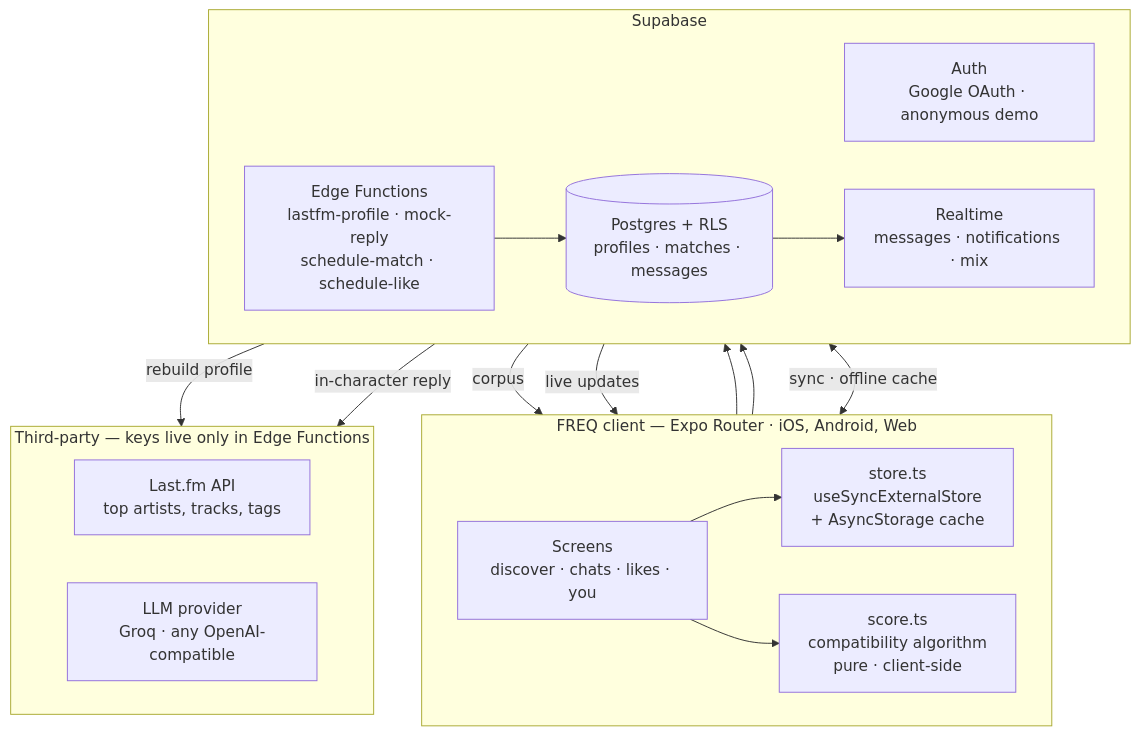
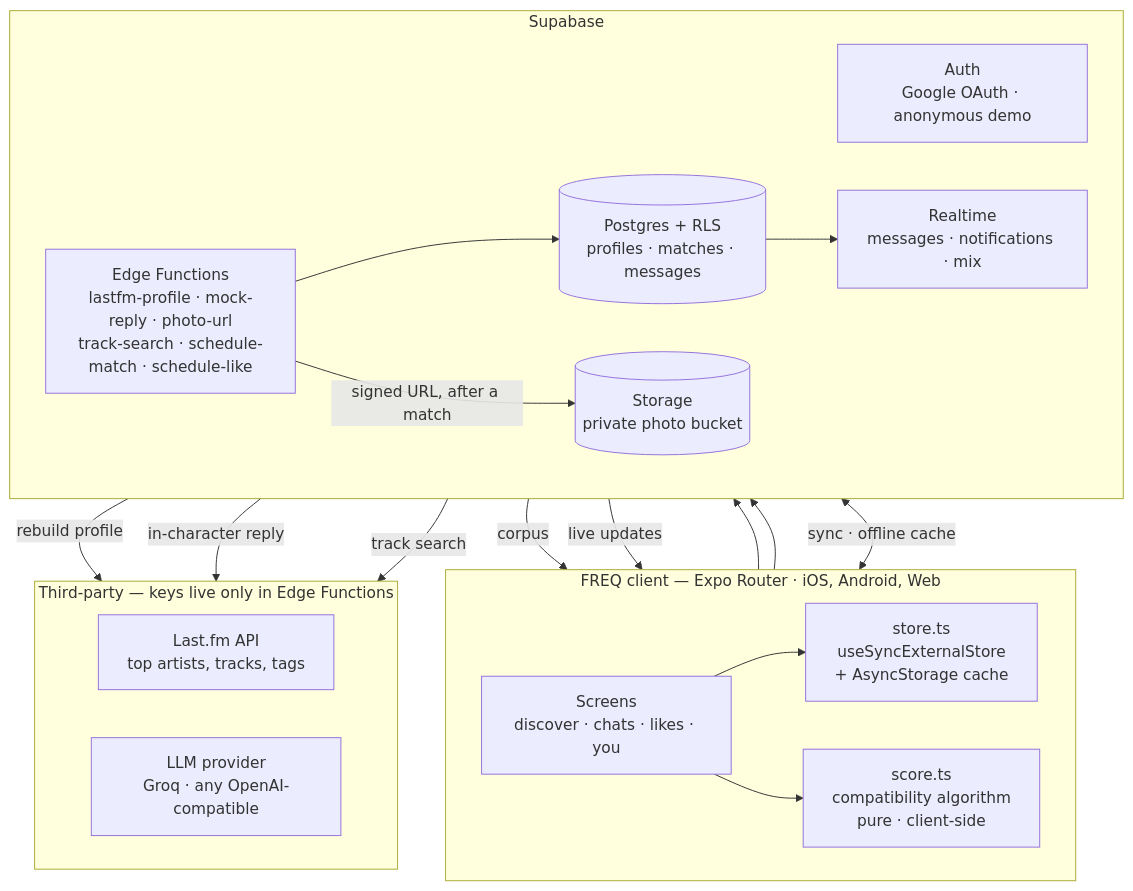
Before and after one commit to ParrvLuthra22/freq: the diagram in README.md, drawn with Mermaid. The commit also changed other lines of this file and 4 other files, not shown here.

````diff
--- a/README.md
+++ b/README.md
@@ -38,35 +38,38 @@
 ```mermaid
 flowchart TB
   subgraph client["FREQ client — Expo Router · iOS, Android, Web"]
     direction LR
     UI["Screens<br/>discover · chats · likes · you"]
     STORE["store.ts<br/>useSyncExternalStore<br/>+ AsyncStorage cache"]
     SCORE["score.ts<br/>compatibility algorithm<br/>pure · client-side"]
     UI --> STORE
     UI --> SCORE
   end
 
   subgraph supabase["Supabase"]
     direction LR
     AUTH["Auth<br/>Google OAuth · anonymous demo"]
     DB[("Postgres + RLS<br/>profiles · matches · messages")]
     RT["Realtime<br/>messages · notifications · mix"]
-    EDGE["Edge Functions<br/>lastfm-profile · mock-reply<br/>schedule-match · schedule-like"]
+    EDGE["Edge Functions<br/>lastfm-profile · mock-reply · photo-url<br/>track-search · schedule-match · schedule-like"]
+    STORE_B[("Storage<br/>private photo bucket")]
   end
 
   subgraph external["Third-party — keys live only in Edge Functions"]
     direction LR
     LASTFM["Last.fm API<br/>top artists, tracks, tags"]
     LLM["LLM provider<br/>Groq · any OpenAI-compatible"]
   end
 
   UI --> AUTH
   UI --> EDGE
   STORE <-->|"sync · offline cache"| DB
   DB -->|"corpus"| SCORE
   DB --> RT
   RT -->|"live updates"| UI
   EDGE --> DB
   EDGE -->|"rebuild profile"| LASTFM
   EDGE -->|"in-character reply"| LLM
+  EDGE -->|"signed URL, after a match"| STORE_B
+  EDGE -->|"track search"| LASTFM
 ```
````
